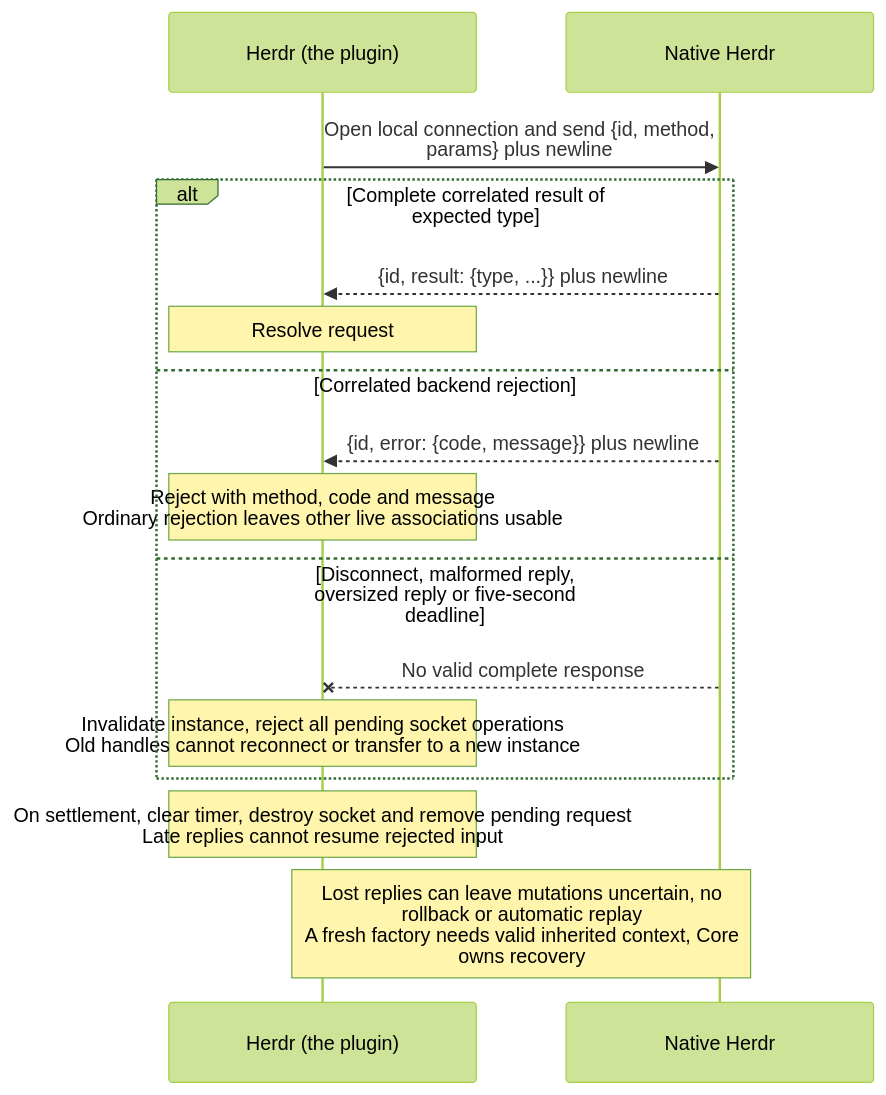
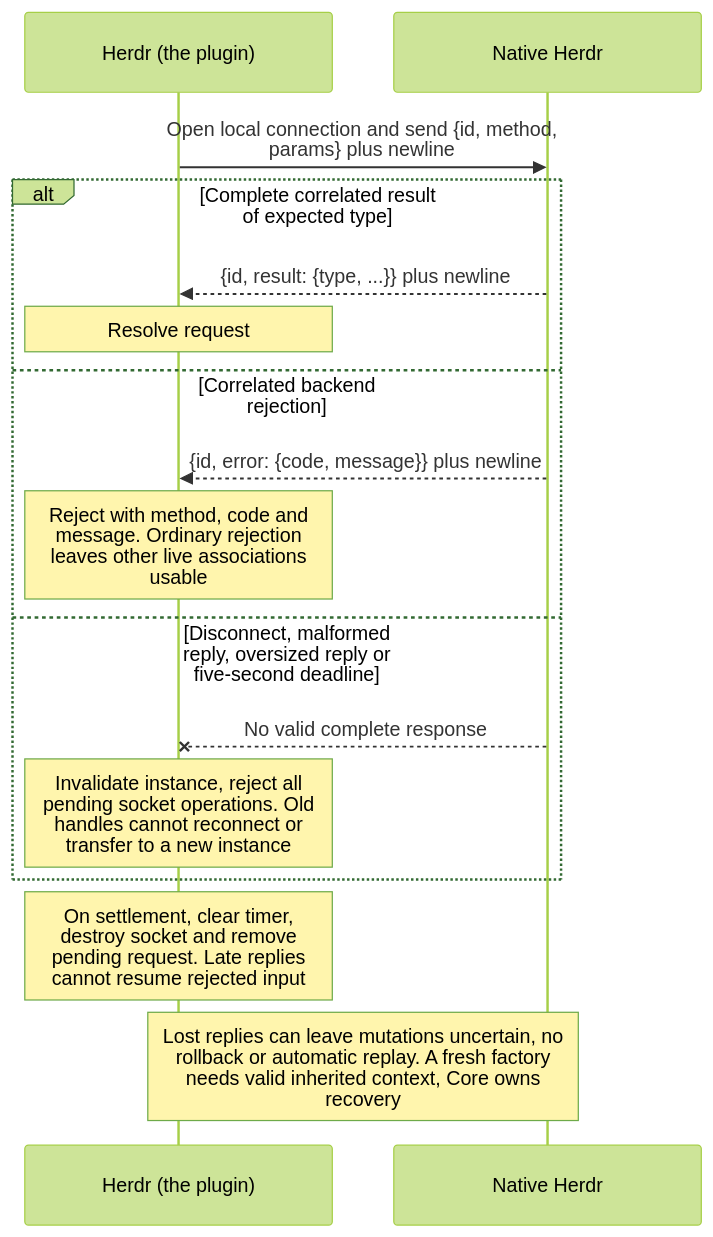
The fourth of 4 diagrams in docs/herdr-protocol.md (BuddyLabsCo/issue-runner-herdr), drawn with Mermaid (forest theme) before and after one commit. The commit also changed other lines of this file, not shown here.

Commit message:
docs: [issue-48] prevent clipping in protocol sequences

````diff
--- a/docs/herdr-protocol.md
+++ b/docs/herdr-protocol.md
@@ -134,19 +134,19 @@
 ```mermaid
 %%{init: {"sequence": {"width": 250, "wrap": true}}}%%
 sequenceDiagram
     participant H as Herdr (the plugin)
     participant N as Native Herdr
     H->>N: Open local connection and send {id, method, params} plus newline
     alt Complete correlated result of expected type
         N-->>H: {id, result: {type, ...}} plus newline
         Note over H: Resolve request
     else Correlated backend rejection
         N-->>H: {id, error: {code, message}} plus newline
-        Note over H: Reject with method, code and message<br/>Ordinary rejection leaves other live associations usable
+        Note over H: Reject with method, code and message. Ordinary rejection leaves other live associations usable
     else Disconnect, malformed reply, oversized reply or five-second deadline
         N--xH: No valid complete response
-        Note over H: Invalidate instance, reject all pending socket operations<br/>Old handles cannot reconnect or transfer to a new instance
+        Note over H: Invalidate instance, reject all pending socket operations. Old handles cannot reconnect or transfer to a new instance
     end
-    Note over H: On settlement, clear timer, destroy socket and remove pending request<br/>Late replies cannot resume rejected input
-    Note over H,N: Lost replies can leave mutations uncertain, no rollback or automatic replay<br/>A fresh factory needs valid inherited context, Core owns recovery
+    Note over H: On settlement, clear timer, destroy socket and remove pending request. Late replies cannot resume rejected input
+    Note over H,N: Lost replies can leave mutations uncertain, no rollback or automatic replay. A fresh factory needs valid inherited context, Core owns recovery
 ```
````
